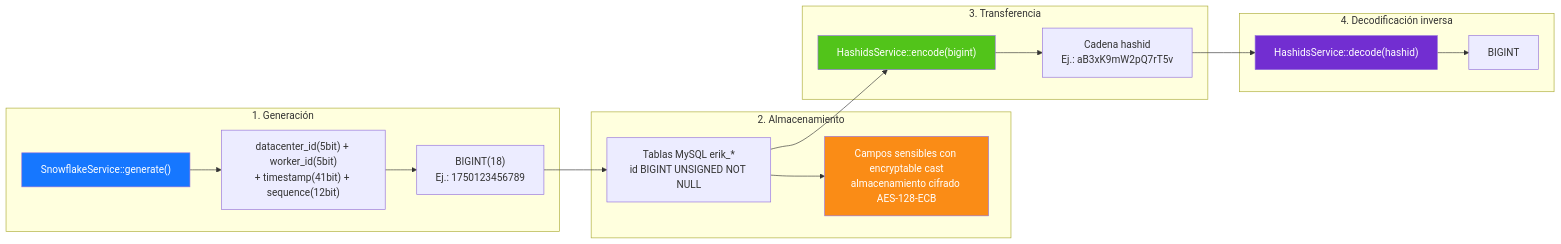
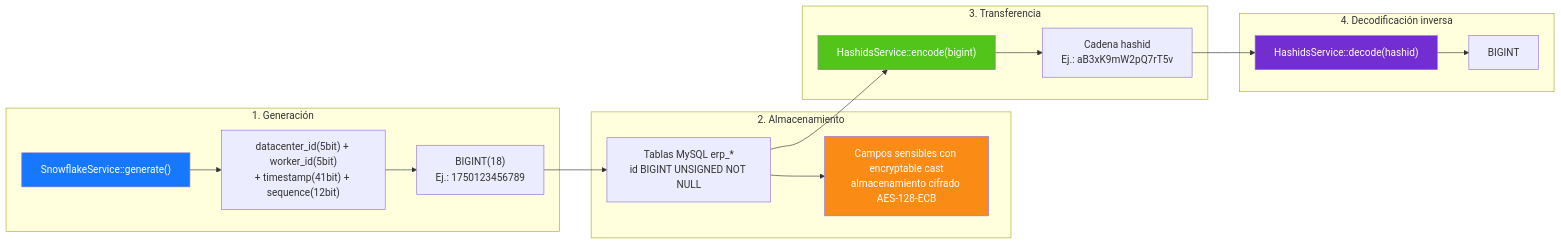
Before and after one commit to erikwang2013/erp-php: the diagram in docs/i18n/es/diagrams/06-id-lifecycle.md, drawn with Mermaid. The commit also changed 449 other files, not shown here.

First line of the commit message:
全局命名统一：数据库 erp、表前缀 erp_、Redis 前缀 erp:（原 erik_/open_admin）

````diff
--- a/docs/i18n/es/diagrams/06-id-lifecycle.md
+++ b/docs/i18n/es/diagrams/06-id-lifecycle.md
@@ -3,32 +3,32 @@
 ```mermaid
 flowchart LR
     subgraph gen["1. Generación"]
         g1["SnowflakeService::generate()"]
         g2["datacenter_id(5bit) + worker_id(5bit)<br/>+ timestamp(41bit) + sequence(12bit)"]
         g3["BIGINT(18)<br/>Ej.: 1750123456789"]
         g1 --> g2 --> g3
     end
 
     subgraph store["2. Almacenamiento"]
-        s1["Tablas MySQL erik_*<br/>id BIGINT UNSIGNED NOT NULL"]
+        s1["Tablas MySQL erp_*<br/>id BIGINT UNSIGNED NOT NULL"]
         s2["Campos sensibles con encryptable cast<br/>almacenamiento cifrado AES-128-ECB"]
         g3 --> s1 --> s2
     end
 
     subgraph transfer["3. Transferencia"]
         t1["HashidsService::encode(bigint)"]
         t2["Cadena hashid<br/>Ej.: aB3xK9mW2pQ7rT5v"]
         s1 --> t1 --> t2
     end
 
     subgraph reverse["4. Decodificación inversa"]
         r1["HashidsService::decode(hashid)"]
         r2["BIGINT"]
         t2 --> r1 --> r2
     end
 
     style g1 fill:#1677FF,color:#fff
     style s2 fill:#FA8C16,color:#fff
     style t1 fill:#52C41A,color:#fff
     style r1 fill:#722ED1,color:#fff
 ```
````
